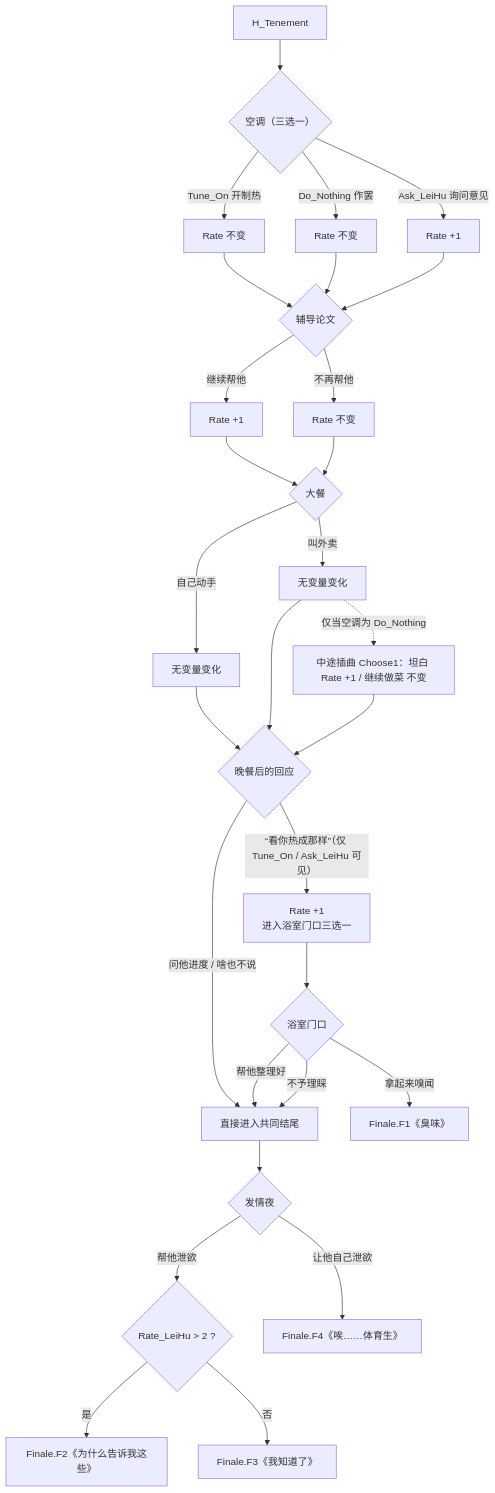
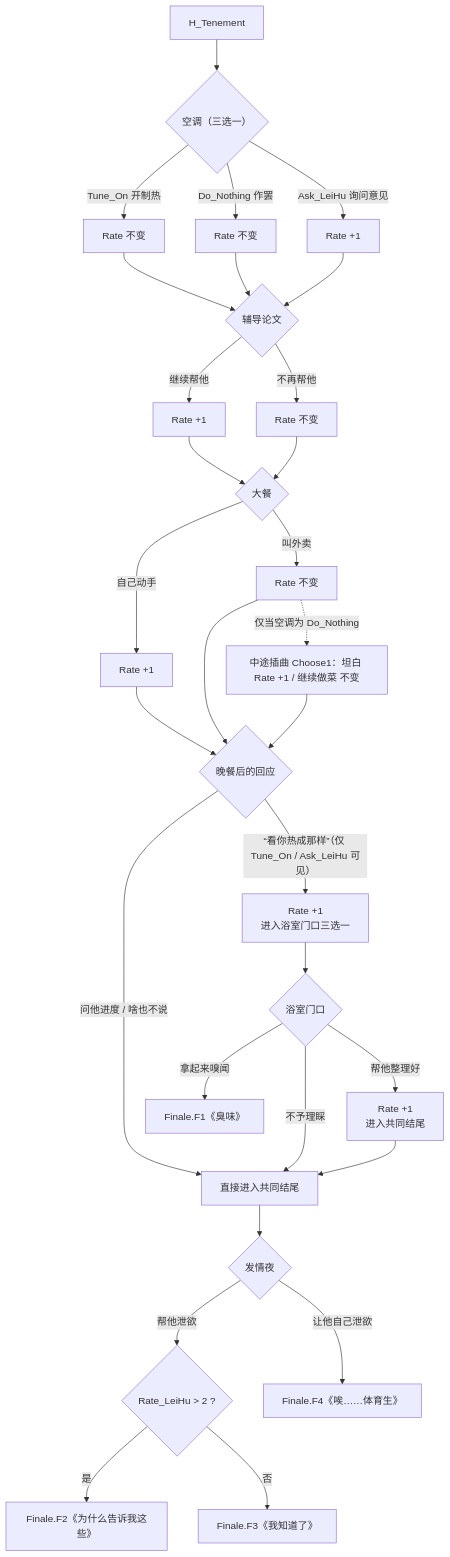
Before and after one commit to Project-Kurokawa-Logistics/kurokawa-logistics: the fifth of 6 diagrams in Ink Projects/圣诞大攻略：雷琥/__Docs/STORY_FLOW_AND_ENDINGS.md, drawn with Mermaid. The commit also changed other lines of this file and 25 other files, not shown here.

````diff
--- a/Ink Projects/圣诞大攻略：雷琥/__Docs/STORY_FLOW_AND_ENDINGS.md
+++ b/Ink Projects/圣诞大攻略：雷琥/__Docs/STORY_FLOW_AND_ENDINGS.md
@@ -198,31 +205,32 @@
 ```mermaid
 flowchart TD
     H["H_Tenement"] --> AC{"空调（三选一）"}
     AC -->|"Tune_On 开制热"| AC0["Rate 不变"]
     AC -->|"Do_Nothing 作罢"| AC1["Rate 不变"]
     AC -->|"Ask_LeiHu 询问意见"| AC2["Rate +1"]
     AC0 --> TU{"辅导论文"}
     AC1 --> TU
     AC2 --> TU
     TU -->|"继续帮他"| TU0["Rate +1"]
     TU -->|"不再帮他"| TU1["Rate 不变"]
     TU0 --> DN{"大餐"}
     TU1 --> DN
-    DN -->|"自己动手"| DN0["无变量变化"]
-    DN -->|"叫外卖"| DN1["无变量变化"]
+    DN -->|"自己动手"| DN0["Rate +1"]
+    DN -->|"叫外卖"| DN1["Rate 不变"]
     DN1 -.->|"仅当空调为 Do_Nothing"| EXTRA["中途插曲 Choose1：坦白 Rate +1 / 继续做菜 不变"]
     DN0 --> AFTER{"晚餐后的回应"}
     DN1 --> AFTER
     EXTRA --> AFTER
     AFTER -->|"“看你热成那样”（仅 Tune_On / Ask_LeiHu 可见）"| WARM["Rate +1<br/>进入浴室门口三选一"]
     AFTER -->|"问他进度 / 啥也不说"| COMMON["直接进入共同结尾"]
     WARM --> SH{"浴室门口"}
-    SH -->|"帮他整理好"| COMMON
+    SH -->|"帮他整理好"| SH1["Rate +1<br/>进入共同结尾"]
     SH -->|"拿起来嗅闻"| F1["Finale.F1《臭味》"]
     SH -->|"不予理睬"| COMMON
+    SH1 --> COMMON
     COMMON --> FIN{"发情夜"}
     FIN -->|"帮他泄欲"| R{"Rate_LeiHu > 2 ?"}
     R -->|"是"| F2["Finale.F2《为什么告诉我这些》"]
     R -->|"否"| F3["Finale.F3《我知道了》"]
     FIN -->|"让他自己泄欲"| F4["Finale.F4《唉……体育生》"]
 ```
````
